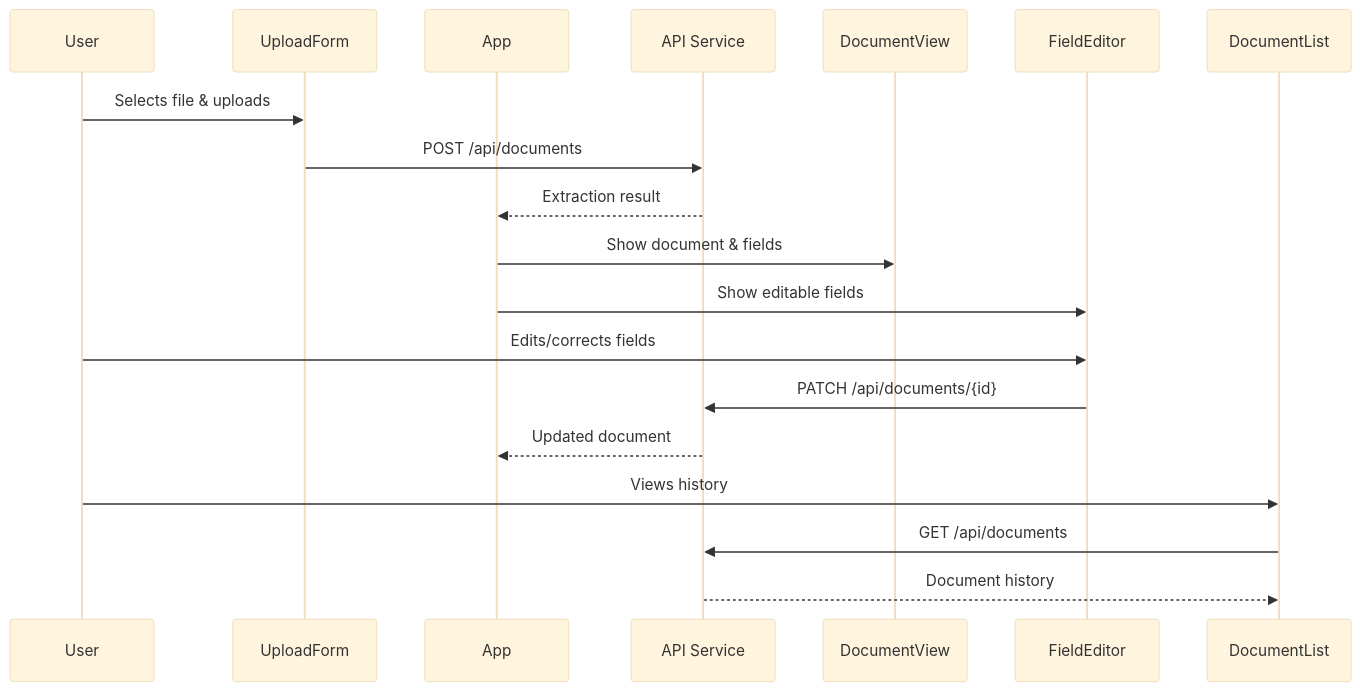
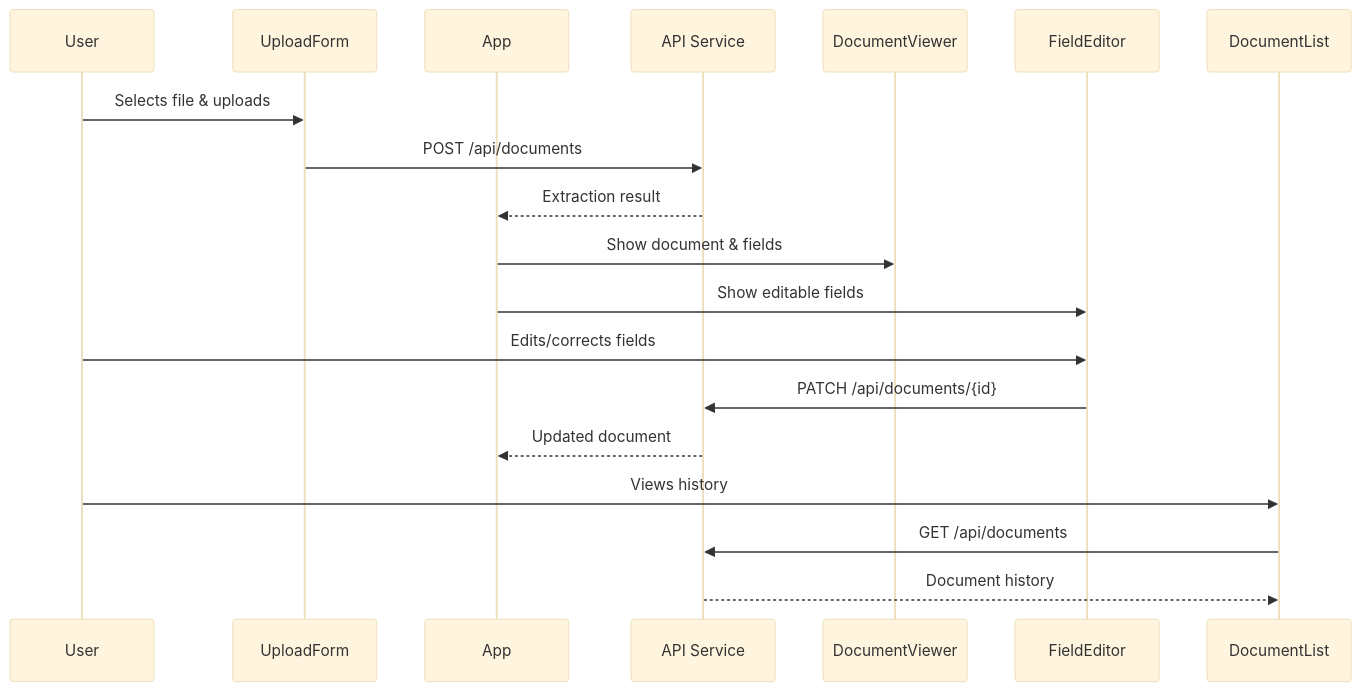
Before and after one commit to JerrickLewis7190/Document-Scanner: the second of 2 diagrams in docs/Frontend Design.md, drawn with Mermaid (base theme). The commit also changed other lines of this file and 10 other files, not shown here.

````diff
--- a/docs/Frontend Design.md
+++ b/docs/Frontend Design.md
@@ -20,22 +22,22 @@
 ```mermaid
 sequenceDiagram
     participant User
     participant UploadForm
     participant App
     participant API as API Service
-    participant DocumentView
+    participant DocumentViewer
     participant FieldEditor
     participant DocumentList
 
     User->>UploadForm: Selects file & uploads
     UploadForm->>API: POST /api/documents
     API-->>App: Extraction result
-    App->>DocumentView: Show document & fields
+    App->>DocumentViewer: Show document & fields
     App->>FieldEditor: Show editable fields
     User->>FieldEditor: Edits/corrects fields
     FieldEditor->>API: PATCH /api/documents/{id}
     API-->>App: Updated document
     User->>DocumentList: Views history
     DocumentList->>API: GET /api/documents
     API-->>DocumentList: Document history
 ```
````
